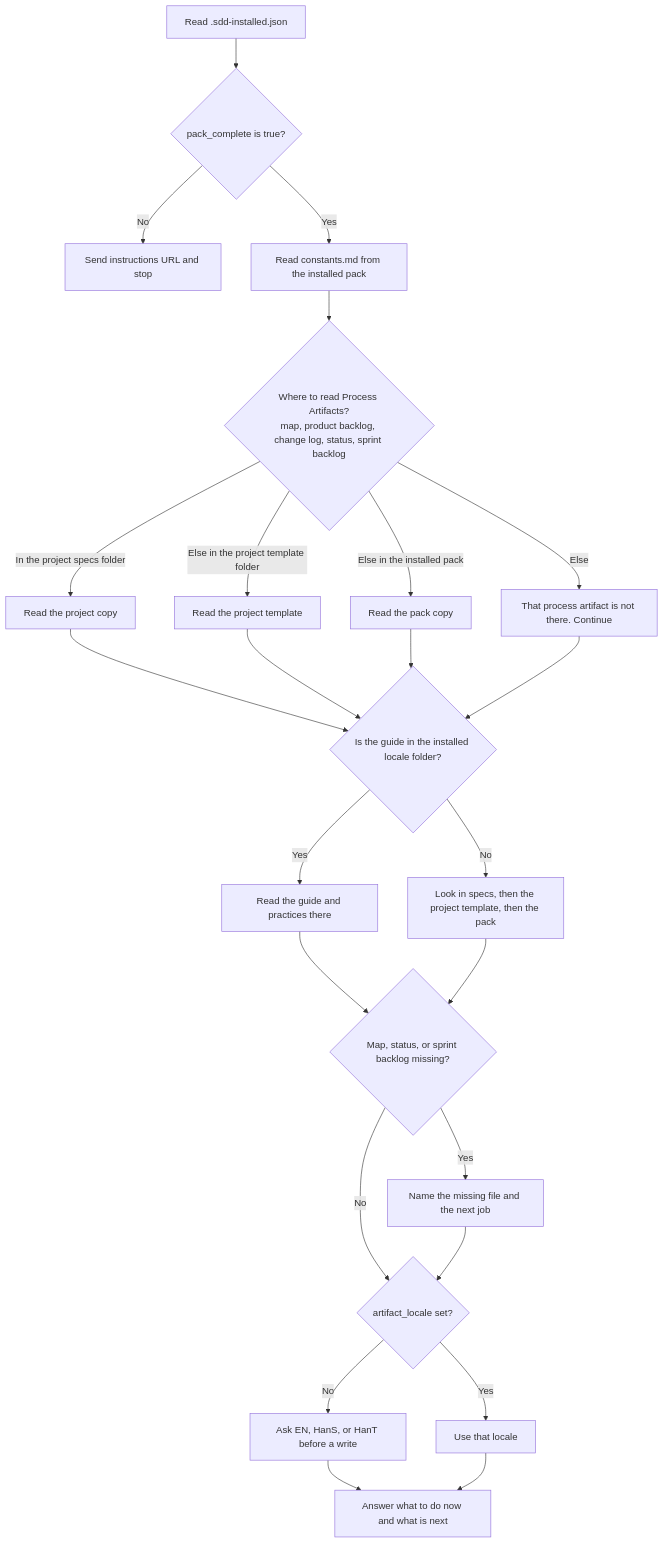
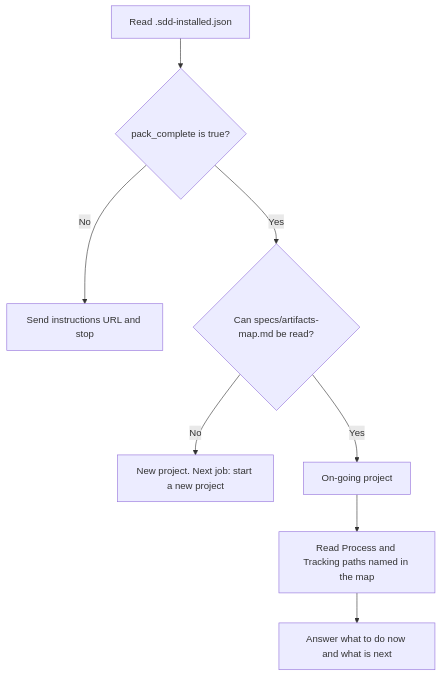
Before and after one commit to ethanhuangcst/workspace.framework.sdd.works: the diagram in specs/agent-ethan/agent-design.md, drawn with Mermaid. The commit also changed other lines of this file and 3 other files, not shown here.

First line of the commit message:
Decide new vs on-going from artifacts-map.md on Ethan's start load.

````diff
--- a/specs/agent-ethan/agent-design.md
+++ b/specs/agent-ethan/agent-design.md
@@ -89,30 +86,10 @@
 ```mermaid
 flowchart TD
   start[Read .sdd-installed.json] --> gate{pack_complete is true?}
   gate -->|No| stop[Send instructions URL and stop]
-  gate -->|Yes| constants[Read constants.md from the installed pack]
-  constants --> copy{"Where to read Process Artifacts?<br/>map, product backlog, change log, status, sprint backlog"}
-  copy -->|In the project specs folder| useRoot[Read the project copy]
-  copy -->|Else in the project template folder| useWs[Read the project template]
-  copy -->|Else in the installed pack| useClient[Read the pack copy]
-  copy -->|Else| missFile[That process artifact is not there. Continue]
-  useRoot --> guideQ
-  useWs --> guideQ
-  useClient --> guideQ
-  missFile --> guideQ
-  guideQ{Is the guide in the installed locale folder?}
-  guideQ -->|Yes| guideYes[Read the guide and practices there]
-  guideQ -->|No| guideNo[Look in specs, then the project template, then the pack]
-  guideYes --> stageQ
-  guideNo --> stageQ
-  stageQ{Map, status, or sprint backlog missing?}
-  stageQ -->|Yes| stageYes[Name the missing file and the next job]
-  stageQ -->|No| localeQ
-  stageYes --> localeQ
-  localeQ{artifact_locale set?}
-  localeQ -->|No| ask[Ask EN, HanS, or HanT before a write]
-  localeQ -->|Yes| useLocale[Use that locale]
-  ask --> answer
-  useLocale --> answer
-  answer[Answer what to do now and what is next]
+  gate -->|Yes| map{Can specs/artifacts-map.md be read?}
+  map -->|No| newProj[New project. Next job: start a new project]
+  map -->|Yes| ongoing[On-going project]
+  ongoing --> read[Read Process and Tracking paths named in the map]
+  read --> answer[Answer what to do now and what is next]
 ```
````
